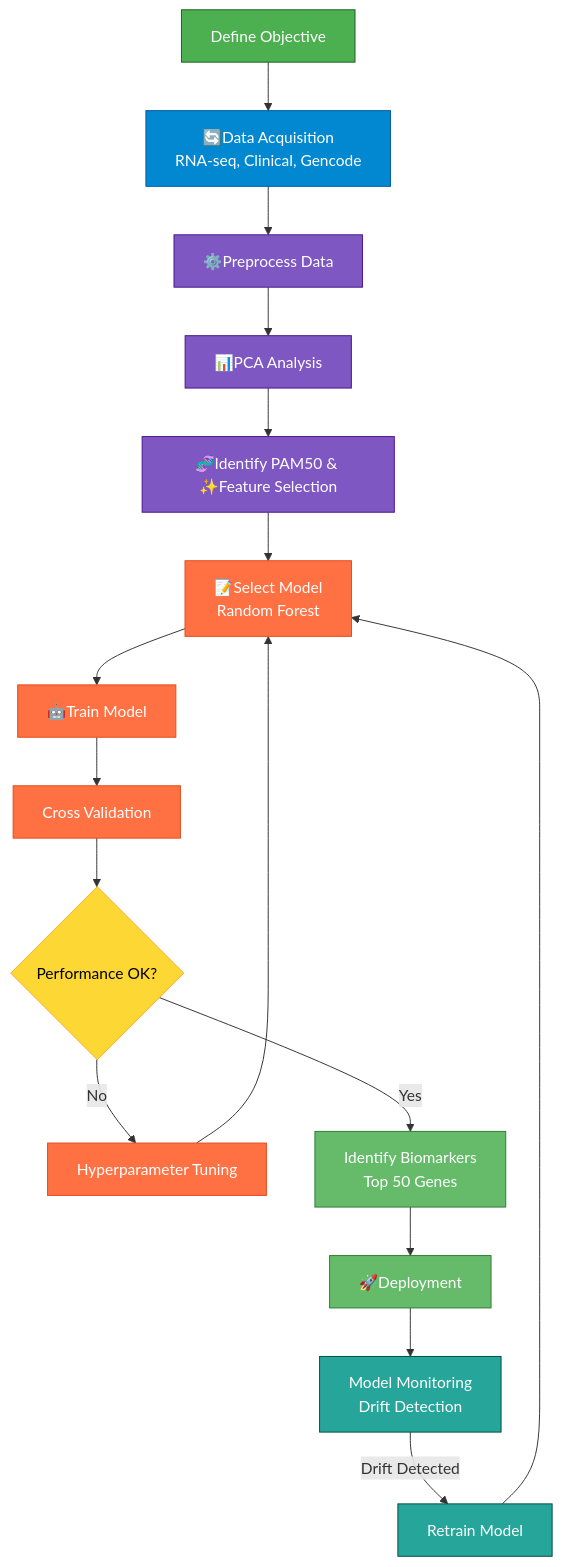
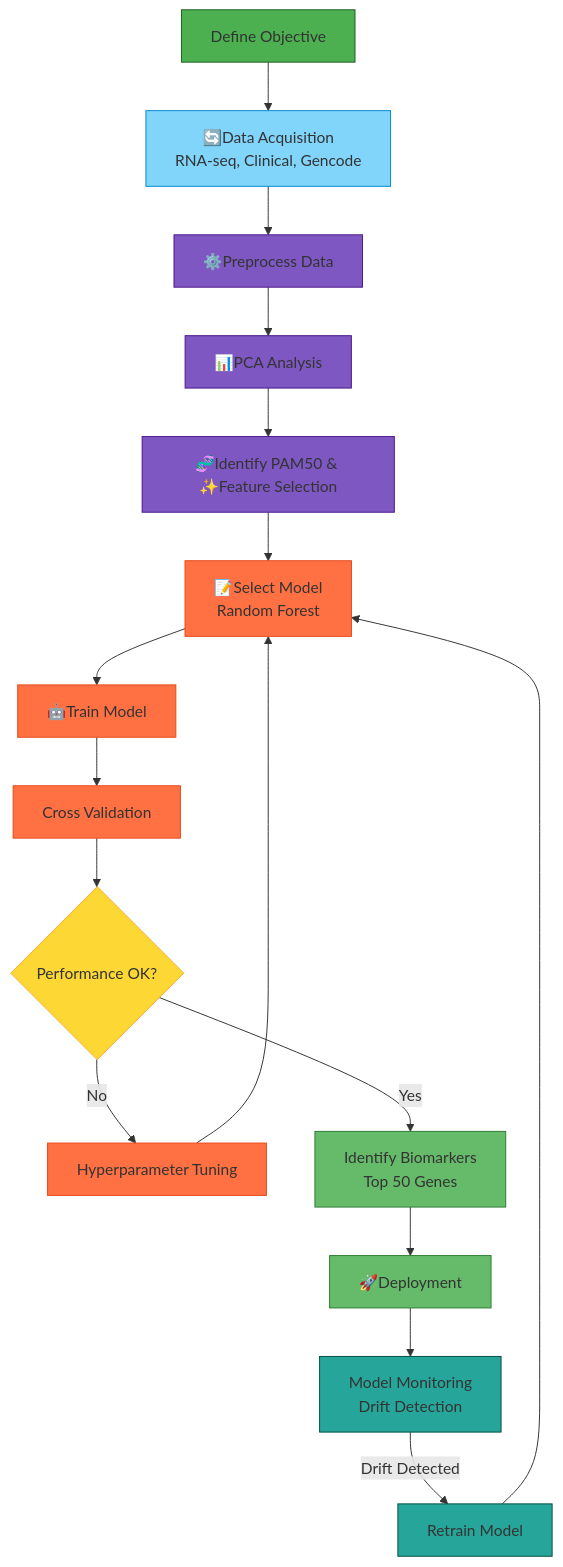
One commit to Yohansgit/Machine-Learning_Models_Projects changed the diagram in WF1-README.md. Above: the diagram before and after it, drawn with Mermaid.

````diff
--- a/WF1-README.md
+++ b/WF1-README.md
@@ -1,31 +1,31 @@
 ```mermaid   
 flowchart TD
 
     %% --- Define Colors ---
-    classDef start fill:#4CAF50,stroke:#1B5E20,color:#fff;
-    classDef data fill:#0288D1,stroke:#01579B,color:#fff;
-    classDef process fill:#7E57C2,stroke:#4A148C,color:#fff;
-    classDef model fill:#FF7043,stroke:#E64A19,color:#fff;
-    classDef decision fill:#FDD835,stroke:#F9A825,color:#000;
-    classDef output fill:#66BB6A,stroke:#2E7D32,color:#fff;
-    classDef monitor fill:#26A69A,stroke:#004D40,color:#fff;
+classDef start fill:#4CAF50,stroke:#1B5E20,color:#fff;       %% green
+classDef data fill:#81D4FA,stroke:#0288D1,color:#000;        %% light blue
+classDef process fill:#7E57C2,stroke:#4A148C,color:#fff;    %% purple
+classDef model fill:#FF7043,stroke:#E64A19,color:#fff;      %% orange
+classDef decision fill:#FDD835,stroke:#F9A825,color:#000;   %% yellow
+classDef output fill:#66BB6A,stroke:#2E7D32,color:#fff;     %% green
+classDef monitor fill:#26A69A,stroke:#004D40,color:#fff;    %% teal
 
     A[Define Objective]:::start
     B[🔄Data Acquisition<br/>RNA-seq, Clinical, Gencode]:::data
     C[⚙️Preprocess Data]:::process
     D[📊PCA Analysis]:::process
     E[🧬Identify PAM50 & ✨Feature Selection]:::process
     F[📝Select Model<br/>Random Forest]:::model
     G[🤖Train Model]:::model
     H[Cross Validation]:::model
     I{Performance OK?}:::decision
     J[Hyperparameter Tuning]:::model
     K[Identify Biomarkers<br/>Top 50 Genes]:::output
     L[🚀Deployment]:::output
     M[Model Monitoring<br/>Drift Detection]:::monitor
     N[Retrain Model]:::monitor
     A --> B --> C --> D --> E --> F --> G --> H --> I
     I -- No --> J --> F
     I -- Yes --> K --> L --> M
     M -- Drift Detected --> N --> F
 ```
````
